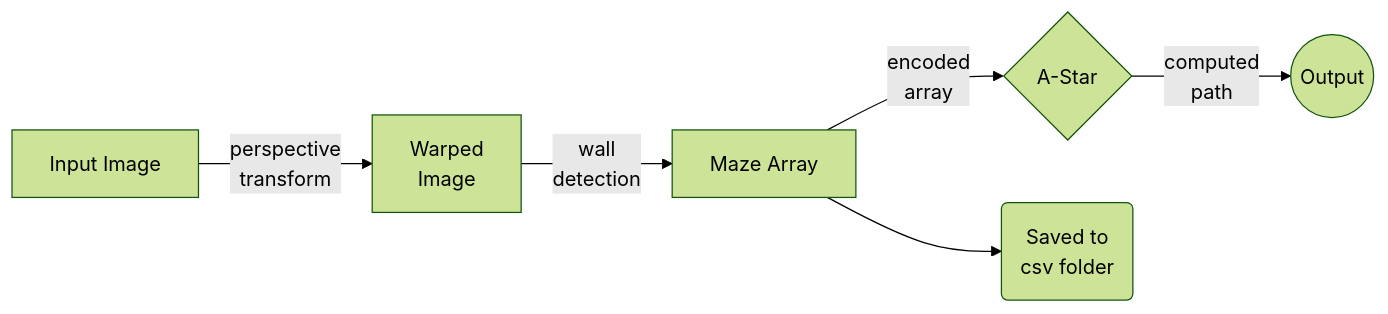
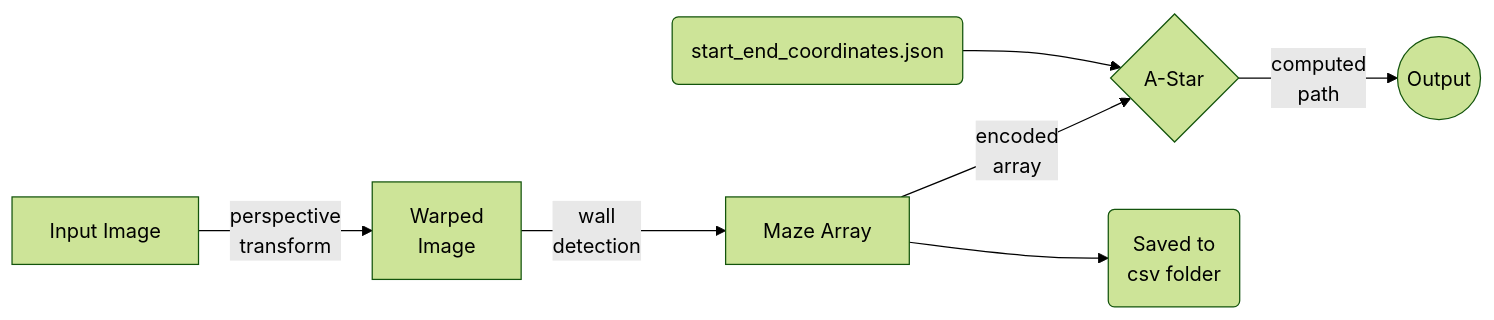
One commit to SwaritBhardwaj/Maze-Solver changed the diagram in README.md. Above: the diagram before and after it, drawn with Mermaid (forest theme). The commit also changed other lines of this file, not shown here.

````diff
--- a/README.md
+++ b/README.md
@@ -21,9 +21,10 @@
 ```mermaid
 graph LR
 A[Input Image] -- perspective<br>transform--> B[Warped<br>Image]
 
 B -- wall<br>detection --> C[Maze Array]
 C -- encoded<br>array --> D{A-Star}
+G(start_end_coordinates.json) --> D
 D --computed<br>path--> F((Output))
 C --> E(Saved to<br>csv folder)
 ```
````
